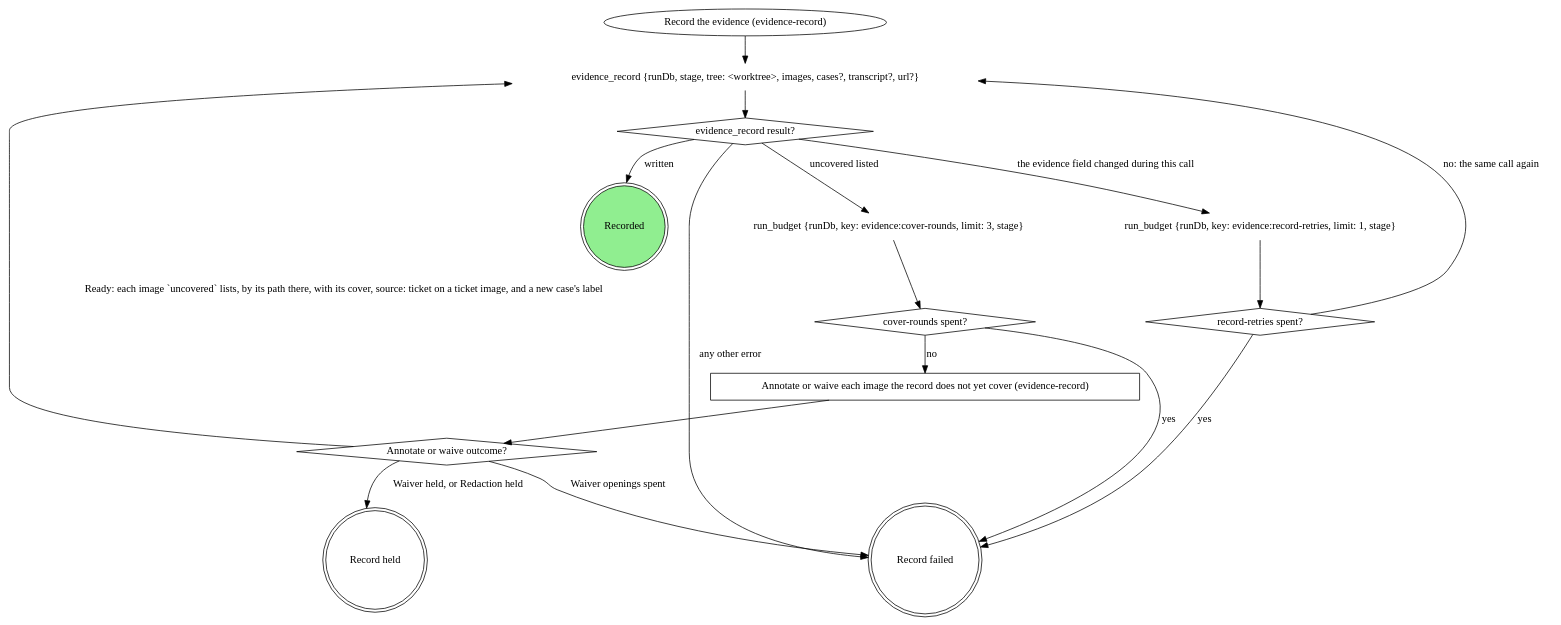
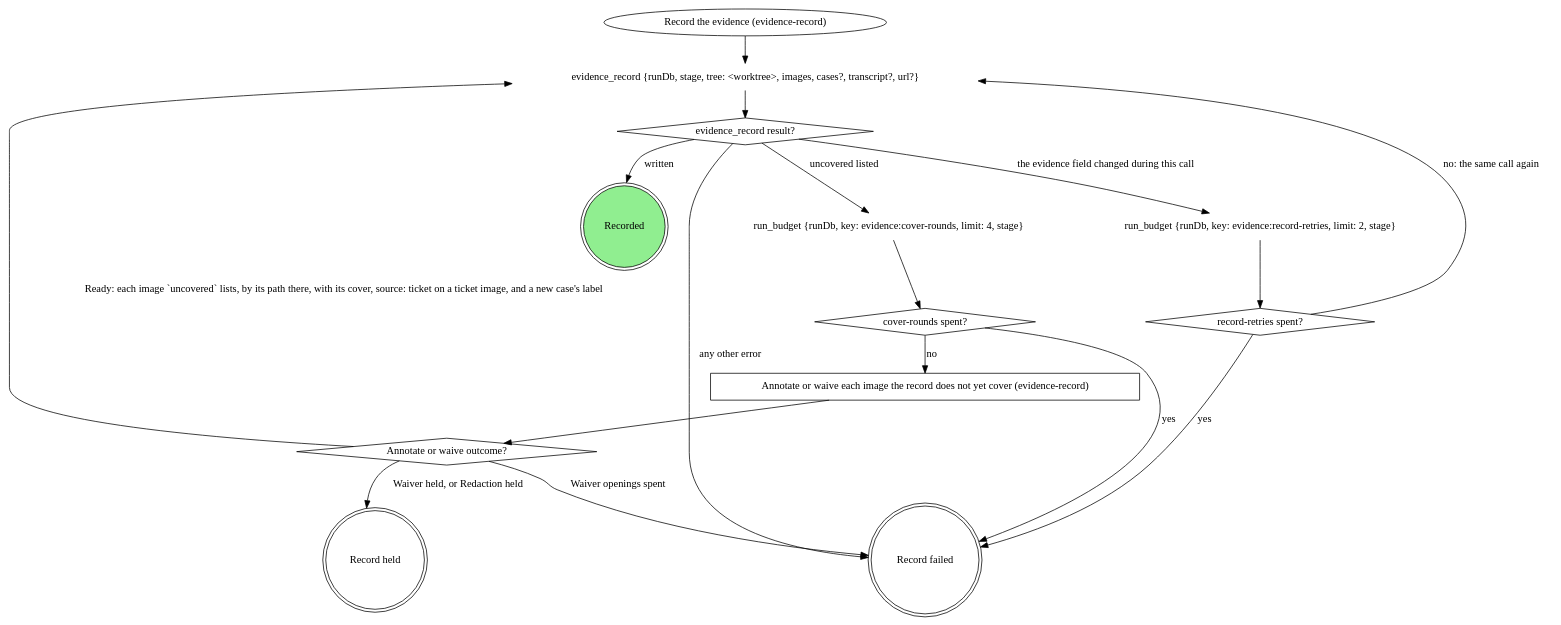
The first of 3 diagrams in plugins/mattstack/attachments/evidence-record/SKILL.md (m4ttstack/mattstack), drawn with Graphviz before and after one commit. The commit also changed other lines of this file and 6 other files, not shown here.

Commit message:
budgets: ship, watch-ci and evidence diamonds read run_budget's exhausted, each limit one higher so every loop keeps its round count

````diff
--- a/plugins/mattstack/attachments/evidence-record/SKILL.md
+++ b/plugins/mattstack/attachments/evidence-record/SKILL.md
@@ -39,31 +39,31 @@
 ```dot
 digraph record_evidence {
     record_evidence [label="Record the evidence (evidence-record)" shape=ellipse];
     evidence_record [label="evidence_record {runDb, stage, tree: <worktree>, images, cases?, transcript?, url?}" shape=plaintext];
     record_result [label="evidence_record result?" shape=diamond];
-    run_budget_cover [label="run_budget {runDb, key: evidence:cover-rounds, limit: 3, stage}" shape=plaintext];
+    run_budget_cover [label="run_budget {runDb, key: evidence:cover-rounds, limit: 4, stage}" shape=plaintext];
     cover_rounds_spent [label="cover-rounds spent?" shape=diamond];
     annotate_or_waive [label="Annotate or waive each image the record does not yet cover (evidence-record)" shape=box];
     annotate_outcome [label="Annotate or waive outcome?" shape=diamond];
-    run_budget_retries [label="run_budget {runDb, key: evidence:record-retries, limit: 1, stage}" shape=plaintext];
+    run_budget_retries [label="run_budget {runDb, key: evidence:record-retries, limit: 2, stage}" shape=plaintext];
     record_retries_spent [label="record-retries spent?" shape=diamond];
     recorded [label="Recorded" shape=doublecircle style=filled fillcolor=lightgreen];
     record_held [label="Record held" shape=doublecircle];
     record_failed [label="Record failed" shape=doublecircle];
 
     record_evidence -> evidence_record -> record_result;
     record_result -> recorded [label="written"];
     record_result -> run_budget_cover [label="uncovered listed"];
     record_result -> run_budget_retries [label="the evidence field changed during this call"];
     record_result -> record_failed [label="any other error"];
     run_budget_cover -> cover_rounds_spent;
     cover_rounds_spent -> annotate_or_waive [label="no"];
     annotate_or_waive -> annotate_outcome;
     annotate_outcome -> evidence_record [label="Ready: each image `uncovered` lists, by its path there, with its cover, source: ticket on a ticket image, and a new case's label"];
     annotate_outcome -> record_held [label="Waiver held, or Redaction held"];
     annotate_outcome -> record_failed [label="Waiver openings spent"];
     run_budget_retries -> record_retries_spent;
     record_retries_spent -> evidence_record [label="no: the same call again"];
     {cover_rounds_spent record_retries_spent} -> record_failed [label="yes"];
 }
 ```
````
